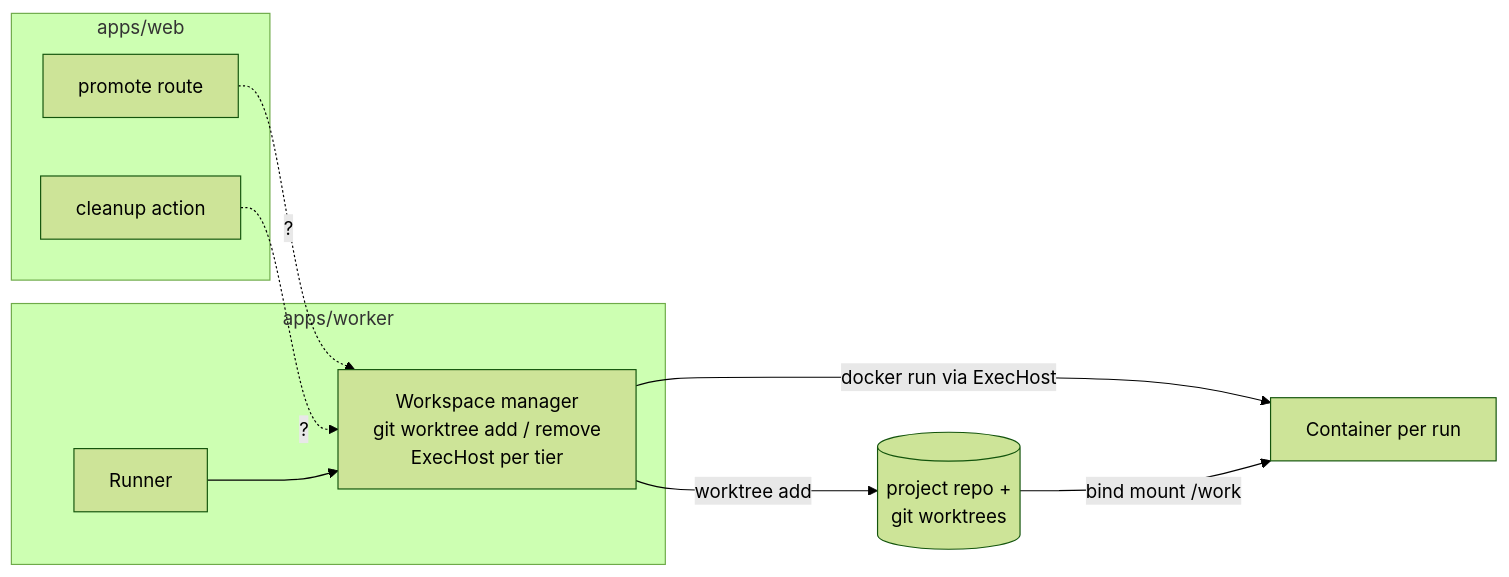
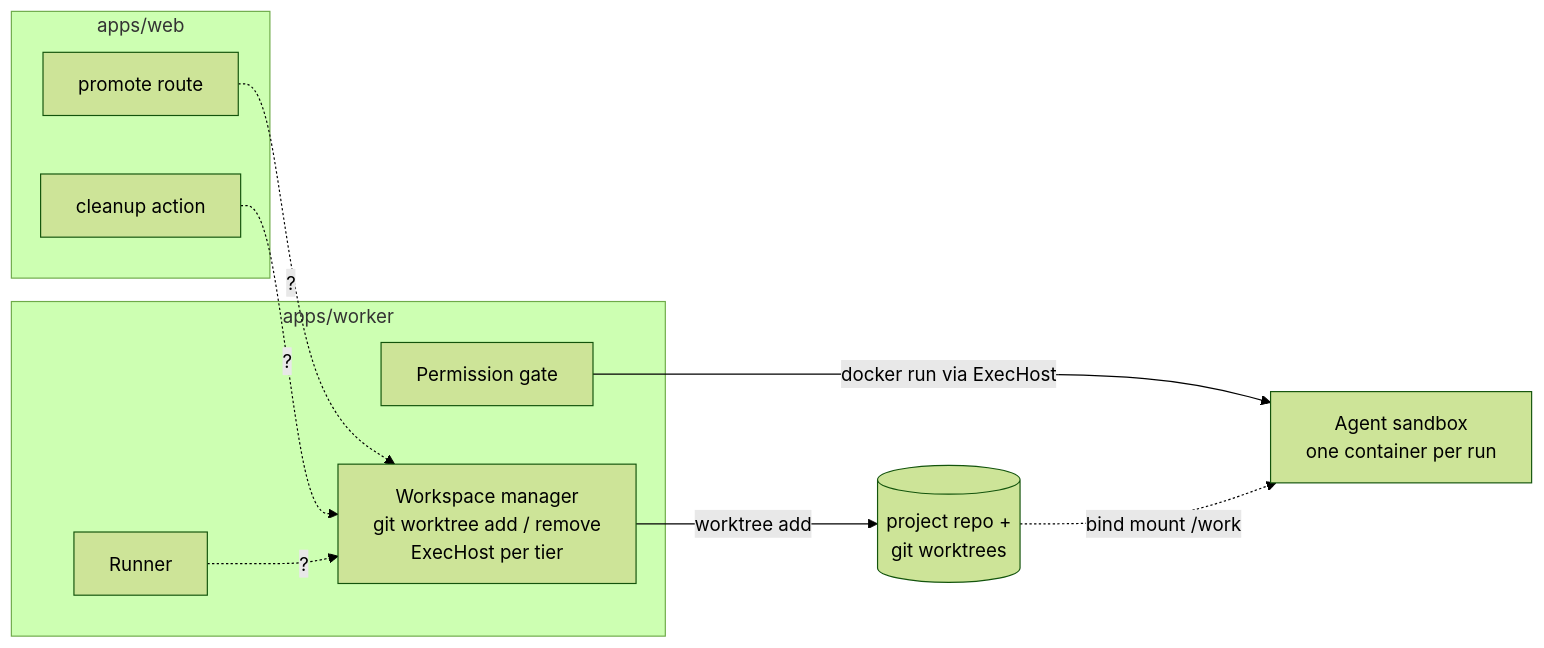
The diagram in docs/FlowBoard/Workspaces/Workspaces Runtime.md (ClearCloudSoftware/flowboard), drawn with Mermaid (forest theme) before and after one commit. The commit also changed other lines of this file and 27 other files, not shown here.

````diff
--- a/docs/FlowBoard/Workspaces/Workspaces Runtime.md
+++ b/docs/FlowBoard/Workspaces/Workspaces Runtime.md
@@ -26,19 +26,20 @@
 ```mermaid
 flowchart LR
   subgraph web[apps/web]
     P[promote route]
     C[cleanup action]
   end
   subgraph worker[apps/worker]
     WM[Workspace manager<br/>git worktree add / remove<br/>ExecHost per tier]
     RN[Runner]
+    PG[Permission gate]
   end
   GIT[(project repo +<br/>git worktrees)]
-  BOX[Container per run]
+  BOX[Agent sandbox<br/>one container per run]
   P -. ? .-> WM
   C -. ? .-> WM
-  RN --> WM
+  RN -. ? .-> WM
   WM -- worktree add --> GIT
-  WM -- docker run via ExecHost --> BOX
-  GIT -- bind mount /work --> BOX
+  PG -- docker run via ExecHost --> BOX
+  GIT -. bind mount /work .-> BOX
 ```
````
